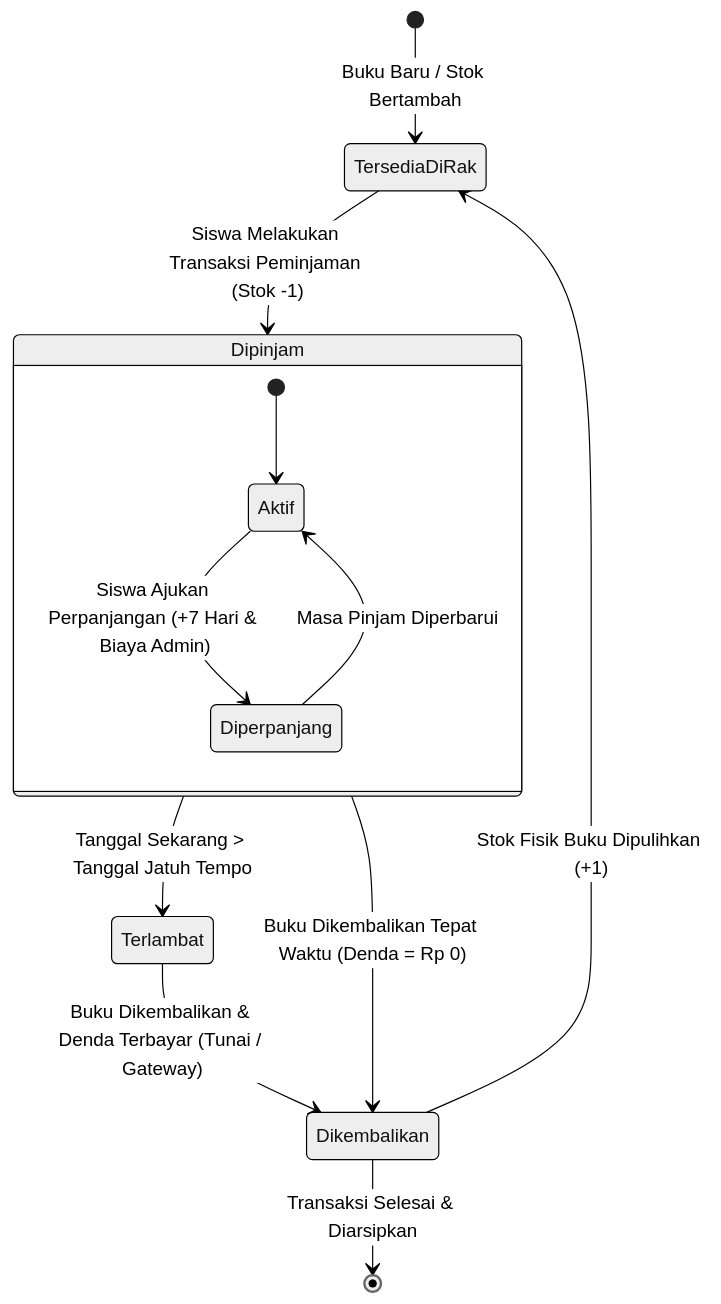
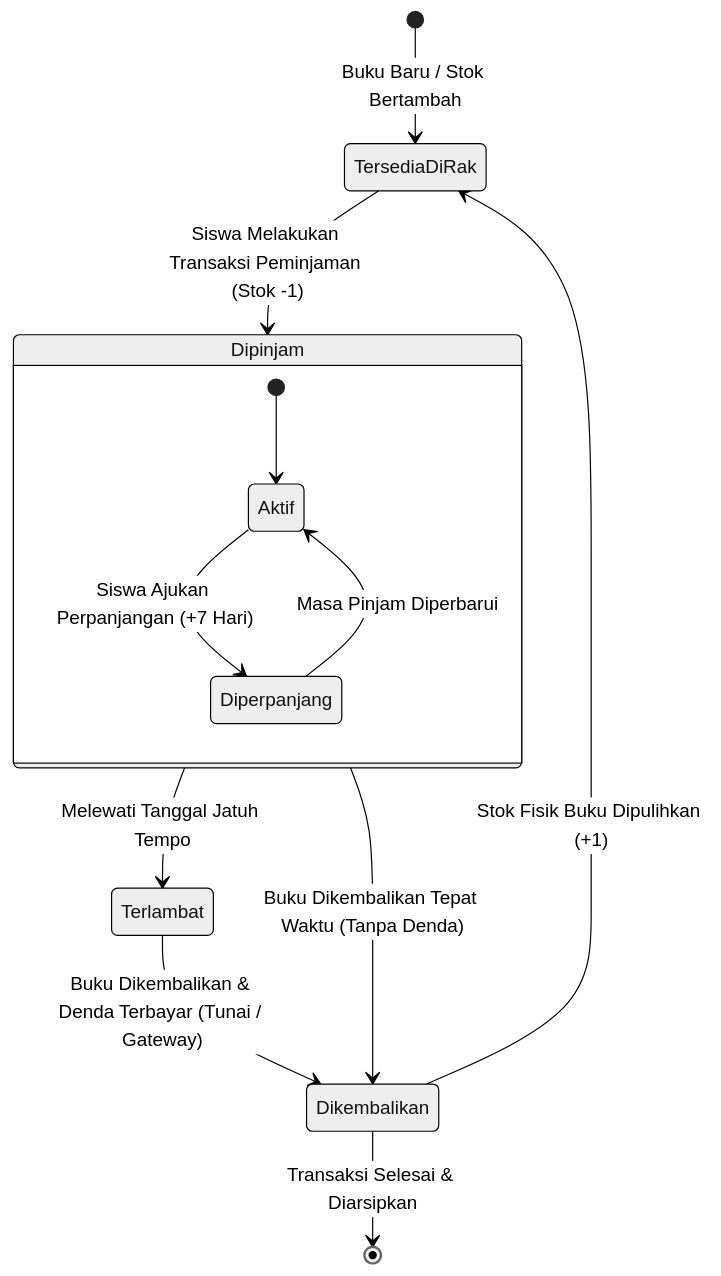
One commit to fanydarat757-hash/antigrafitytest changed the tenth of 17 diagrams in PANDUAN_TEKNIS_DAN_ARSITEKTUR_SKRIPSI.md. Above: the diagram before and after it, drawn with Mermaid (neutral theme). The commit also changed other lines of this file, not shown here.

Commit message:
Fix syntax errors in all 17 Mermaid diagrams for GitHub rendering

````diff
--- a/PANDUAN_TEKNIS_DAN_ARSITEKTUR_SKRIPSI.md
+++ b/PANDUAN_TEKNIS_DAN_ARSITEKTUR_SKRIPSI.md
@@ -511,19 +508,19 @@
 ```mermaid
 stateDiagram-v2
     [*] --> TersediaDiRak: Buku Baru / Stok Bertambah
     TersediaDiRak --> Dipinjam: Siswa Melakukan Transaksi Peminjaman (Stok -1)
     
     state Dipinjam {
         [*] --> Aktif
-        Aktif --> Diperpanjang: Siswa Ajukan Perpanjangan (+7 Hari & Biaya Admin)
+        Aktif --> Diperpanjang: Siswa Ajukan Perpanjangan (+7 Hari)
         Diperpanjang --> Aktif: Masa Pinjam Diperbarui
     }
 
-    Dipinjam --> Terlambat: Tanggal Sekarang > Tanggal Jatuh Tempo
+    Dipinjam --> Terlambat: Melewati Tanggal Jatuh Tempo
     
-    Dipinjam --> Dikembalikan: Buku Dikembalikan Tepat Waktu (Denda = Rp 0)
+    Dipinjam --> Dikembalikan: Buku Dikembalikan Tepat Waktu (Tanpa Denda)
     Terlambat --> Dikembalikan: Buku Dikembalikan & Denda Terbayar (Tunai / Gateway)
 
     Dikembalikan --> TersediaDiRak: Stok Fisik Buku Dipulihkan (+1)
     Dikembalikan --> [*]: Transaksi Selesai & Diarsipkan
 ```
````
